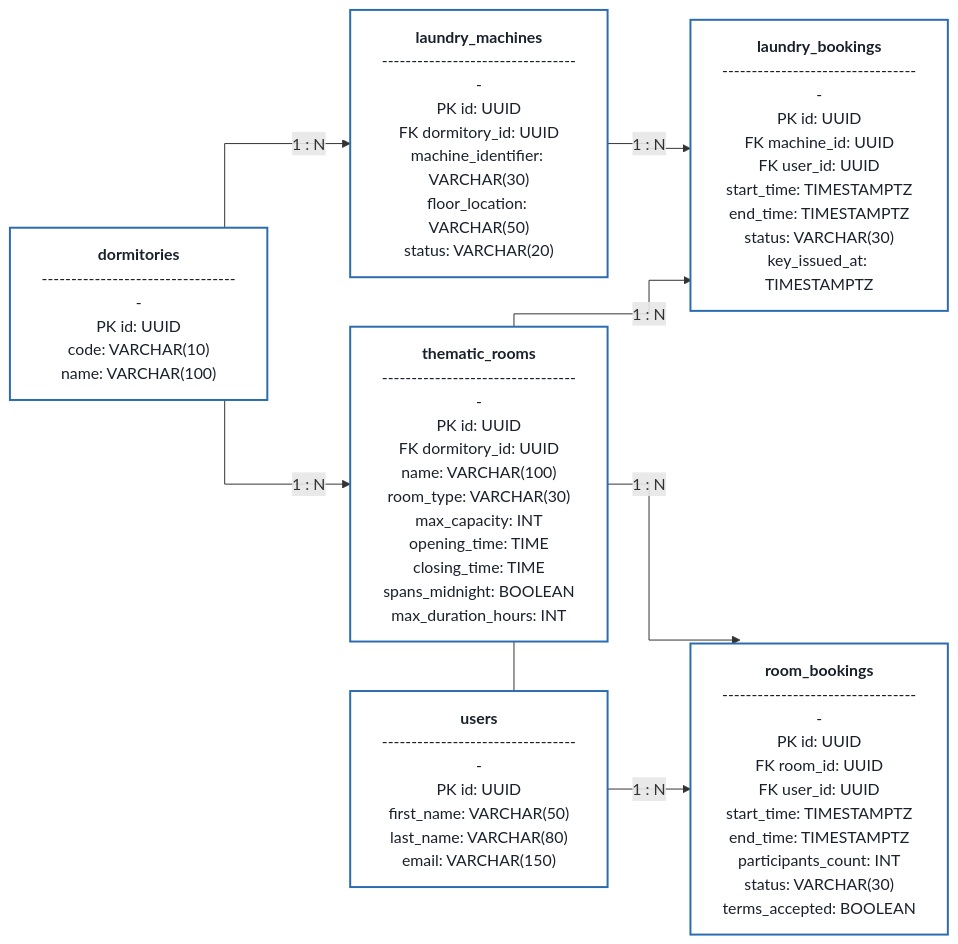
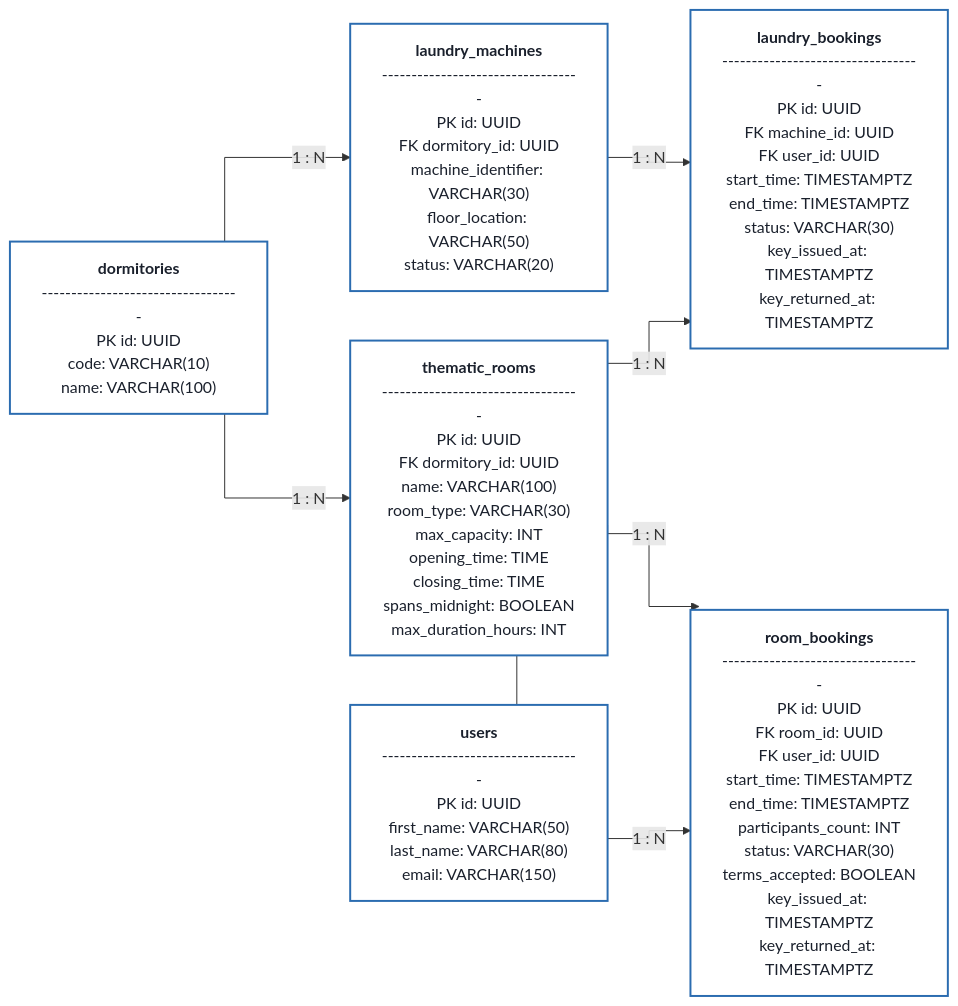
The second of 5 diagrams in Docs/Model_Bazy_Danych_ERD.md (Buczy8/PKampus), drawn with Mermaid before and after one commit. The commit also changed other lines of this file and 1 other file, not shown here.

Commit message:
docs: update database initialization and ERD to reflect changes in SQL file naming and booking status attributes

````diff
--- a/Docs/Model_Bazy_Danych_ERD.md
+++ b/Docs/Model_Bazy_Danych_ERD.md
@@ -56,25 +56,25 @@
 ```mermaid
 %%{init: {'flowchart': {'curve': 'stepBefore'}}}%%
 flowchart LR
     classDef tableStyle fill:#ffffff,stroke:#2b6cb0,stroke-width:2px,color:#1a202c;
 
     DORMITORIES["<b>dormitories</b><br/>----------------------------------<br/>PK id: UUID<br/>code: VARCHAR(10)<br/>name: VARCHAR(100)"]:::tableStyle
 
     LAUNDRY_MACHINES["<b>laundry_machines</b><br/>----------------------------------<br/>PK id: UUID<br/>FK dormitory_id: UUID<br/>machine_identifier: VARCHAR(30)<br/>floor_location: VARCHAR(50)<br/>status: VARCHAR(20)"]:::tableStyle
 
-    LAUNDRY_BOOKINGS["<b>laundry_bookings</b><br/>----------------------------------<br/>PK id: UUID<br/>FK machine_id: UUID<br/>FK user_id: UUID<br/>start_time: TIMESTAMPTZ<br/>end_time: TIMESTAMPTZ<br/>status: VARCHAR(30)<br/>key_issued_at: TIMESTAMPTZ"]:::tableStyle
+    LAUNDRY_BOOKINGS["<b>laundry_bookings</b><br/>----------------------------------<br/>PK id: UUID<br/>FK machine_id: UUID<br/>FK user_id: UUID<br/>start_time: TIMESTAMPTZ<br/>end_time: TIMESTAMPTZ<br/>status: VARCHAR(30)<br/>key_issued_at: TIMESTAMPTZ<br/>key_returned_at: TIMESTAMPTZ"]:::tableStyle
 
     THEMATIC_ROOMS["<b>thematic_rooms</b><br/>----------------------------------<br/>PK id: UUID<br/>FK dormitory_id: UUID<br/>name: VARCHAR(100)<br/>room_type: VARCHAR(30)<br/>max_capacity: INT<br/>opening_time: TIME<br/>closing_time: TIME<br/>spans_midnight: BOOLEAN<br/>max_duration_hours: INT"]:::tableStyle
 
-    ROOM_BOOKINGS["<b>room_bookings</b><br/>----------------------------------<br/>PK id: UUID<br/>FK room_id: UUID<br/>FK user_id: UUID<br/>start_time: TIMESTAMPTZ<br/>end_time: TIMESTAMPTZ<br/>participants_count: INT<br/>status: VARCHAR(30)<br/>terms_accepted: BOOLEAN"]:::tableStyle
+    ROOM_BOOKINGS["<b>room_bookings</b><br/>----------------------------------<br/>PK id: UUID<br/>FK room_id: UUID<br/>FK user_id: UUID<br/>start_time: TIMESTAMPTZ<br/>end_time: TIMESTAMPTZ<br/>participants_count: INT<br/>status: VARCHAR(30)<br/>terms_accepted: BOOLEAN<br/>key_issued_at: TIMESTAMPTZ<br/>key_returned_at: TIMESTAMPTZ"]:::tableStyle
 
     USERS["<b>users</b><br/>----------------------------------<br/>PK id: UUID<br/>first_name: VARCHAR(50)<br/>last_name: VARCHAR(80)<br/>email: VARCHAR(150)"]:::tableStyle
 
     DORMITORIES -->|1 : N| LAUNDRY_MACHINES
     LAUNDRY_MACHINES -->|1 : N| LAUNDRY_BOOKINGS
     USERS -->|1 : N| LAUNDRY_BOOKINGS
 
     DORMITORIES -->|1 : N| THEMATIC_ROOMS
     THEMATIC_ROOMS -->|1 : N| ROOM_BOOKINGS
     USERS -->|1 : N| ROOM_BOOKINGS
 ```
````
